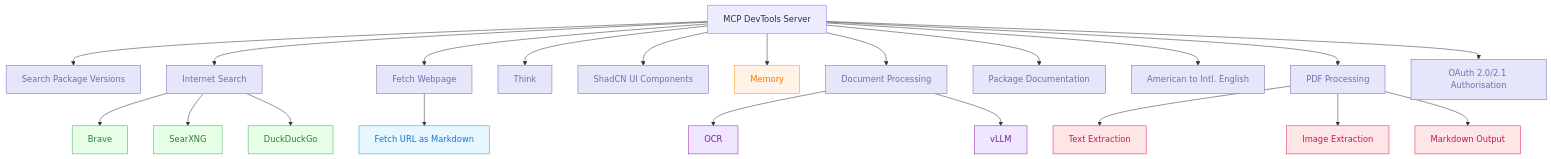
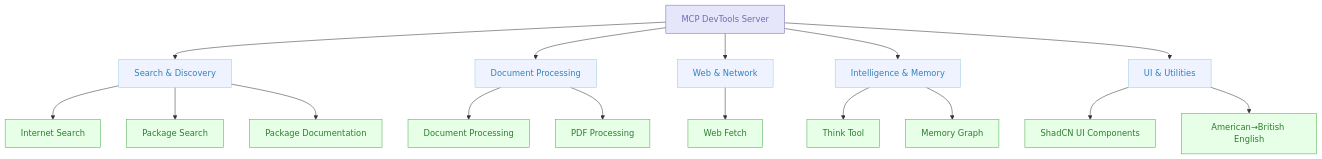
One commit to sammcj/mcp-devtools changed the diagram in README.md. Above: the diagram before and after it, drawn with Mermaid. The commit also changed other lines of this file and 21 other files, not shown here.

````diff
--- a/README.md
+++ b/README.md
@@ -7,45 +5,31 @@
 ```mermaid
 graph TD
-    A[MCP DevTools Server] --> B[Search Package Versions]
-    A --> C[Internet Search]
-    A --> D[Fetch Webpage]
-    A --> E[Think]
-    A --> F[ShadCN UI Components]
-    A --> G[Memory]
-    A --> H[Document Processing]
-    A --> I[Package Documentation]
-    A --> J[American to Intl. English]
-    A --> K[PDF Processing]
-    A --> L[OAuth 2.0/2.1 Authorisation]
+    A[MCP DevTools Server] --> B[Search & Discovery]
+    A --> C[Document Processing]
+    A --> D[Web & Network]
+    A --> E[Intelligence & Memory]
+    A --> F[UI & Utilities]
 
-    C --> C1[Brave]
-    C --> C2[SearXNG]
-    C --> C3[DuckDuckGo]
+    B --> B1[Internet Search]
+    B --> B2[Package Search]
+    B --> B3[Package Documentation]
 
-    D --> D1[Fetch URL as Markdown]
+    C --> C1[Document Processing]
+    C --> C2[PDF Processing]
 
-    H --> H5[OCR]
-    H --> H6[vLLM]
+    D --> D1[Web Fetch]
 
-    K --> K1[Text Extraction]
-    K --> K2[Image Extraction]
-    K --> K3[Markdown Output]
+    E --> E1[Think Tool]
+    E --> E2[Memory Graph]
 
-    classDef toolCategory fill:#E6E6FA,stroke:#756BB1,color:#756BB1
-    classDef tool fill:#EFF3FF,stroke:#9ECAE1,color:#3182BD
-    classDef searchTool fill:#E6FFE6,stroke:#4CAF50,color:#2E7D32
-    classDef memoryTool fill:#FFF3E6,stroke:#FF9800,color:#F57C00
-    classDef webTool fill:#E6F7FF,stroke:#2196F3,color:#1976D2
-    classDef docTool fill:#F0E6FF,stroke:#9C27B0,color:#7B1FA2
-    classDef packageTool fill:#FFF0E6,stroke:#FF6B35,color:#D84315
-    classDef pdfTool fill:#FFE6E6,stroke:#E91E63,color:#C2185B
+    F --> F1[ShadCN UI Components]
+    F --> F2[American→British English]
 
-    class B,C,D,E,F,G,H,I,J,K,L toolCategory
-    class B1,B2,E1,F1 tool
-    class C1,C2,C3 searchTool
-    class G memoryTool
-    class D1 webTool
-    class H5,H6 docTool
-    class I1,I2 packageTool
-    class K1,K2,K3 pdfTool
+    classDef server fill:#E6E6FA,stroke:#756BB1,color:#756BB1
+    classDef category fill:#EFF3FF,stroke:#9ECAE1,color:#3182BD
+    classDef tool fill:#E6FFE6,stroke:#4CAF50,color:#2E7D32
+
+    class A server
+    class B,C,D,E,F category
+    class B1,B2,B3,C1,C2,D1,E1,E2,F1,F2 tool
 ```
````
